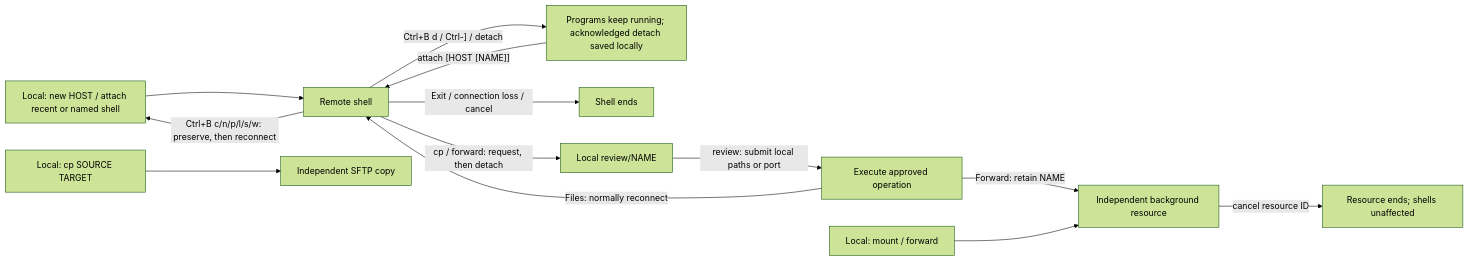
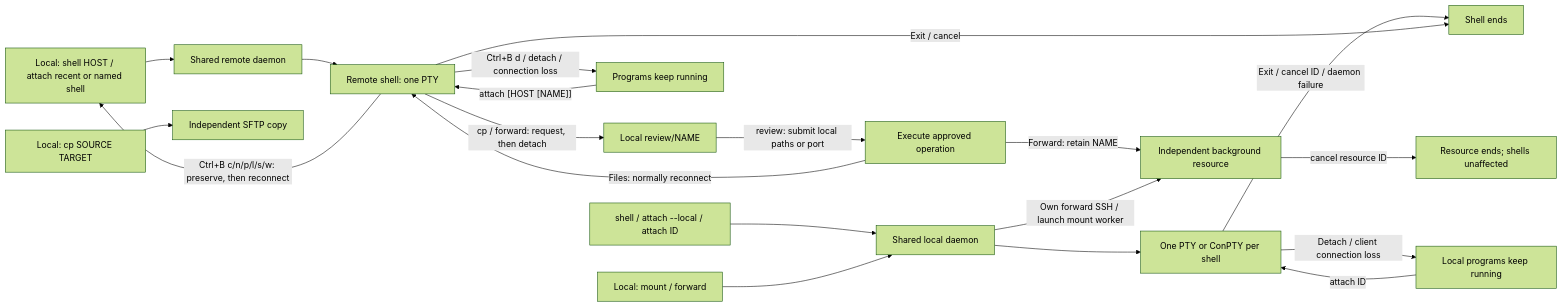
The diagram in README.md (jay-waves/sshore), drawn with Mermaid (forest theme) before and after one commit. The commit also changed other lines of this file and 72 other files, not shown here.

Commit message:
Release 0.6.6: shared shell daemons and unified task management

````diff
--- a/README.md
+++ b/README.md
@@ -98,15 +112,22 @@
 ```mermaid
 flowchart LR
-    connect["Local: new HOST / attach recent or named shell"] --> shell["Remote shell"]
+    localnew["shell / attach --local / attach ID"] --> daemon["Shared local daemon"]
+    daemon --> localshell["One PTY or ConPTY per shell"]
+    localshell -->|"Detach / client connection loss"| localdetached["Local programs keep running"]
+    localdetached -->|"attach ID"| localshell
+    localshell -->|"Exit / cancel ID / daemon failure"| ended
+    connect["Local: shell HOST / attach recent or named shell"] --> remoted["Shared remote daemon"]
+    remoted --> shell["Remote shell: one PTY"]
     shell -->|"Ctrl+B c/n/p/l/s/w: preserve, then reconnect"| connect
-    shell -->|"Ctrl+B d / Ctrl-] / detach"| detached["Programs keep running; acknowledged detach saved locally"]
+    shell -->|"Ctrl+B d / detach / connection loss"| detached["Programs keep running"]
     detached -->|"attach [HOST [NAME]]"| shell
-    shell -->|"Exit / connection loss / cancel"| ended["Shell ends"]
+    shell -->|"Exit / cancel"| ended["Shell ends"]
     shell -->|"cp / forward: request, then detach"| pending["Local review/NAME"]
     pending -->|"review: submit local paths or port"| approved["Execute approved operation"]
     approved -->|"Files: normally reconnect"| shell
     approved -->|"Forward: retain NAME"| resource["Independent background resource"]
-    local["Local: mount / forward"] --> resource
+    local["Local: mount / forward"] --> daemon
+    daemon -->|"Own forward SSH / launch mount worker"| resource
     copy["Local: cp SOURCE TARGET"] --> files["Independent SFTP copy"]
     resource -->|"cancel resource ID"| stopped["Resource ends; shells unaffected"]
 ```
````
